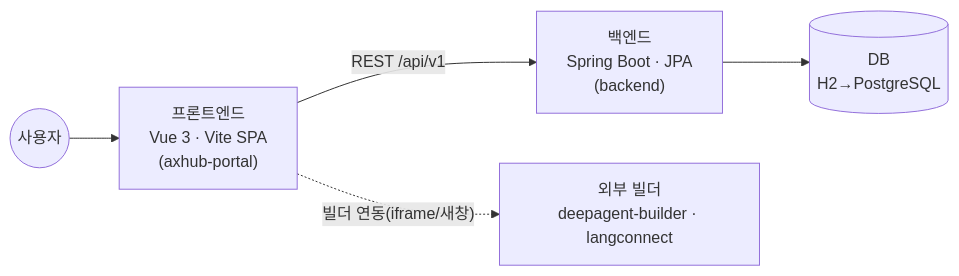
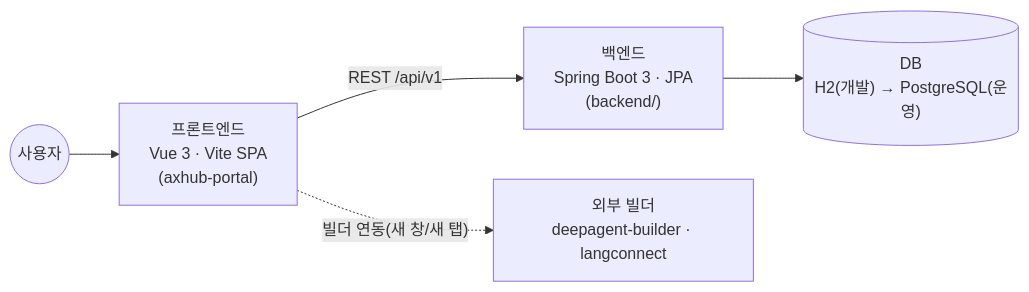
The first of 7 diagrams in docs/ARCHITECTURE.md (navynam/axhub-portal), drawn with Mermaid before and after one commit. The commit also changed other lines of this file and 18 other files, not shown here.

````diff
--- a/docs/ARCHITECTURE.md
+++ b/docs/ARCHITECTURE.md
@@ -10,7 +14,7 @@
 ```mermaid
 flowchart LR
   User((사용자)) --> FE["프론트엔드<br/>Vue 3 · Vite SPA<br/>(axhub-portal)"]
-  FE -- "REST /api/v1" --> BE["백엔드<br/>Spring Boot · JPA<br/>(backend)"]
-  BE --> DB[("DB<br/>H2→PostgreSQL")]
-  FE -. "빌더 연동(iframe/새창)" .-> EXT["외부 빌더<br/>deepagent-builder · langconnect"]
+  FE -- "REST /api/v1" --> BE["백엔드<br/>Spring Boot 3 · JPA<br/>(backend/)"]
+  BE --> DB[("DB<br/>H2(개발) → PostgreSQL(운영)")]
+  FE -. "빌더 연동(새 창/새 탭)" .-> EXT["외부 빌더<br/>deepagent-builder · langconnect"]
 ```
````
